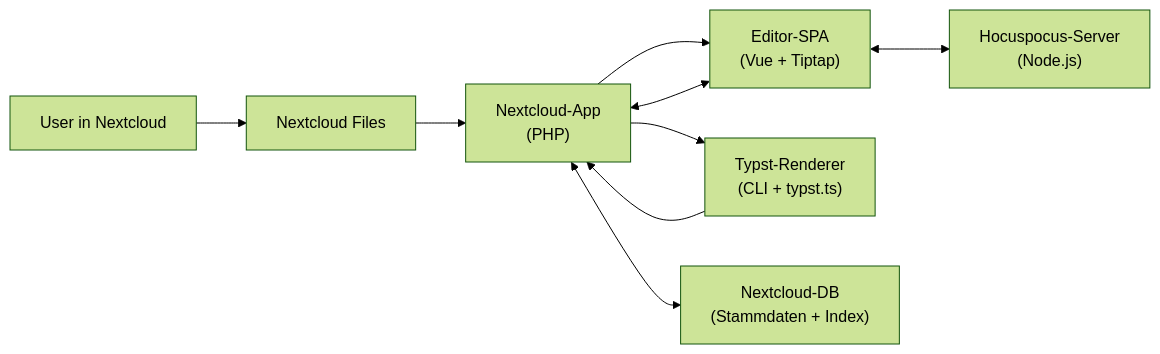
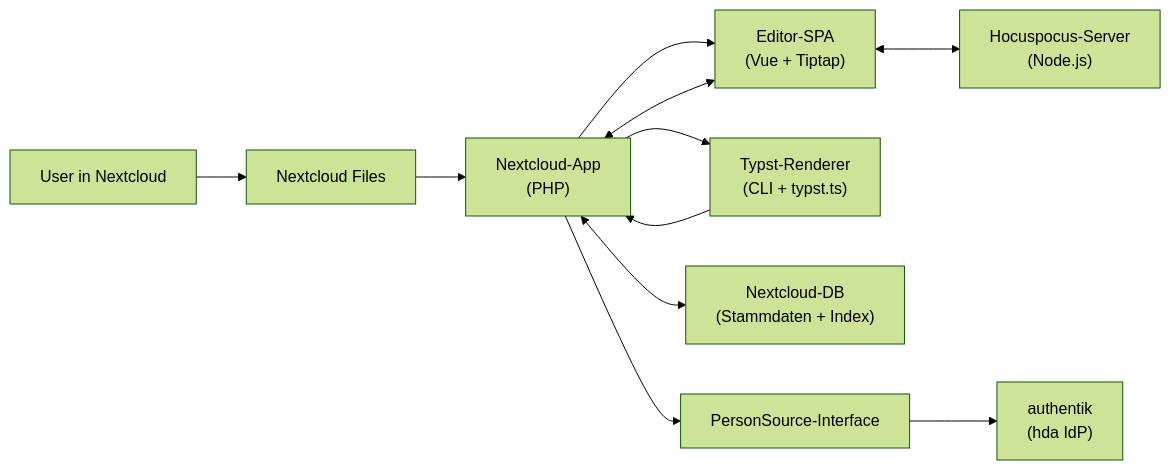
The first of 5 diagrams in ARCHITECTURE.md (dergabriel/nextcloud-protokolle), drawn with Mermaid (forest theme) before and after one commit. The commit also changed other lines of this file and 1 other file, not shown here.

Commit message:
docs: document pluggable person sources

````diff
--- a/ARCHITECTURE.md
+++ b/ARCHITECTURE.md
@@ -22,19 +22,23 @@
 ```mermaid
 flowchart LR
     User["User in Nextcloud"]
     Files["Nextcloud Files"]
     App["Nextcloud-App<br/>(PHP)"]
     Editor["Editor-SPA<br/>(Vue + Tiptap)"]
     Hocuspocus["Hocuspocus-Server<br/>(Node.js)"]
     Typst["Typst-Renderer<br/>(CLI + typst.ts)"]
     DB["Nextcloud-DB<br/>(Stammdaten + Index)"]
+    PersonSource["PersonSource-Interface"]
+    Authentik["authentik<br/>(hda IdP)"]
 
     User --> Files
     Files --> App
     App --> Editor
     Editor <--> App
     App <--> DB
+    App --> PersonSource
+    PersonSource --> Authentik
     Editor <--> Hocuspocus
     App --> Typst
     Typst --> App
 ```
````
